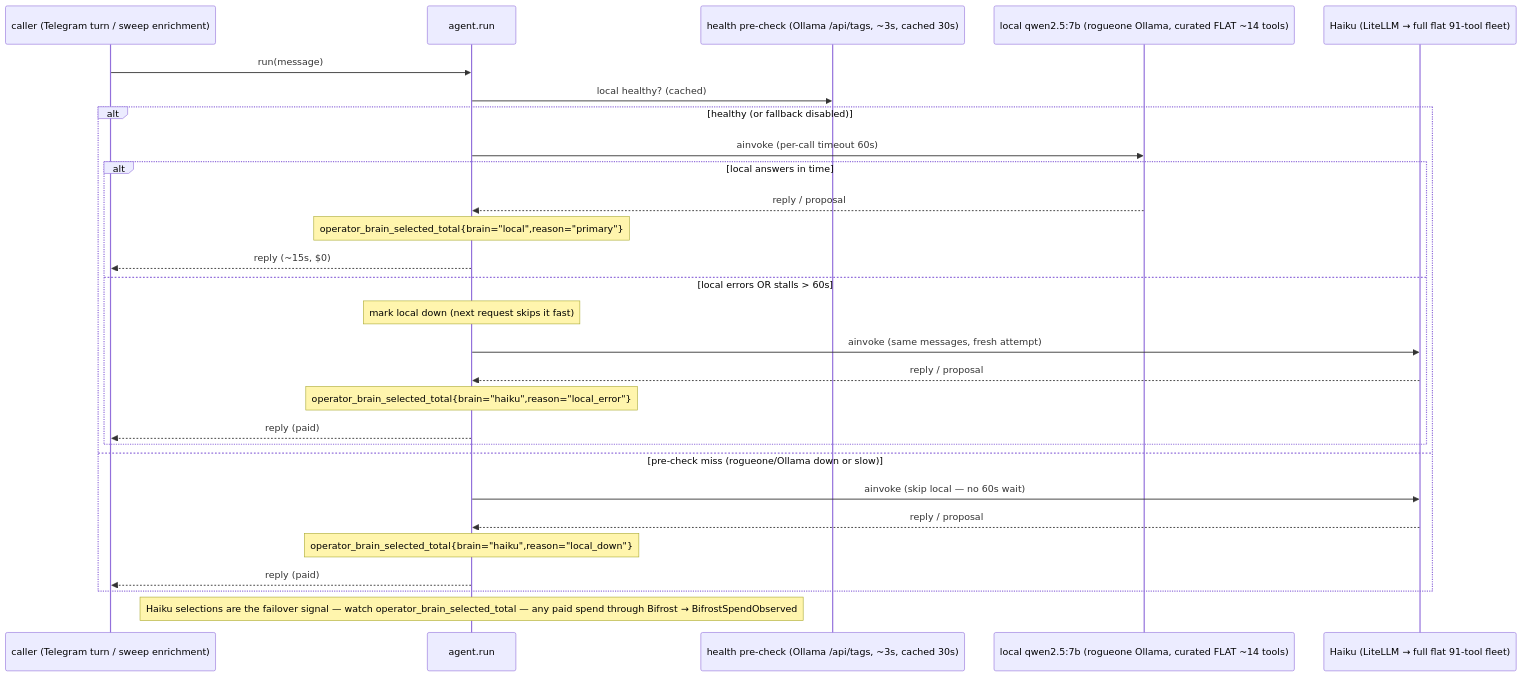
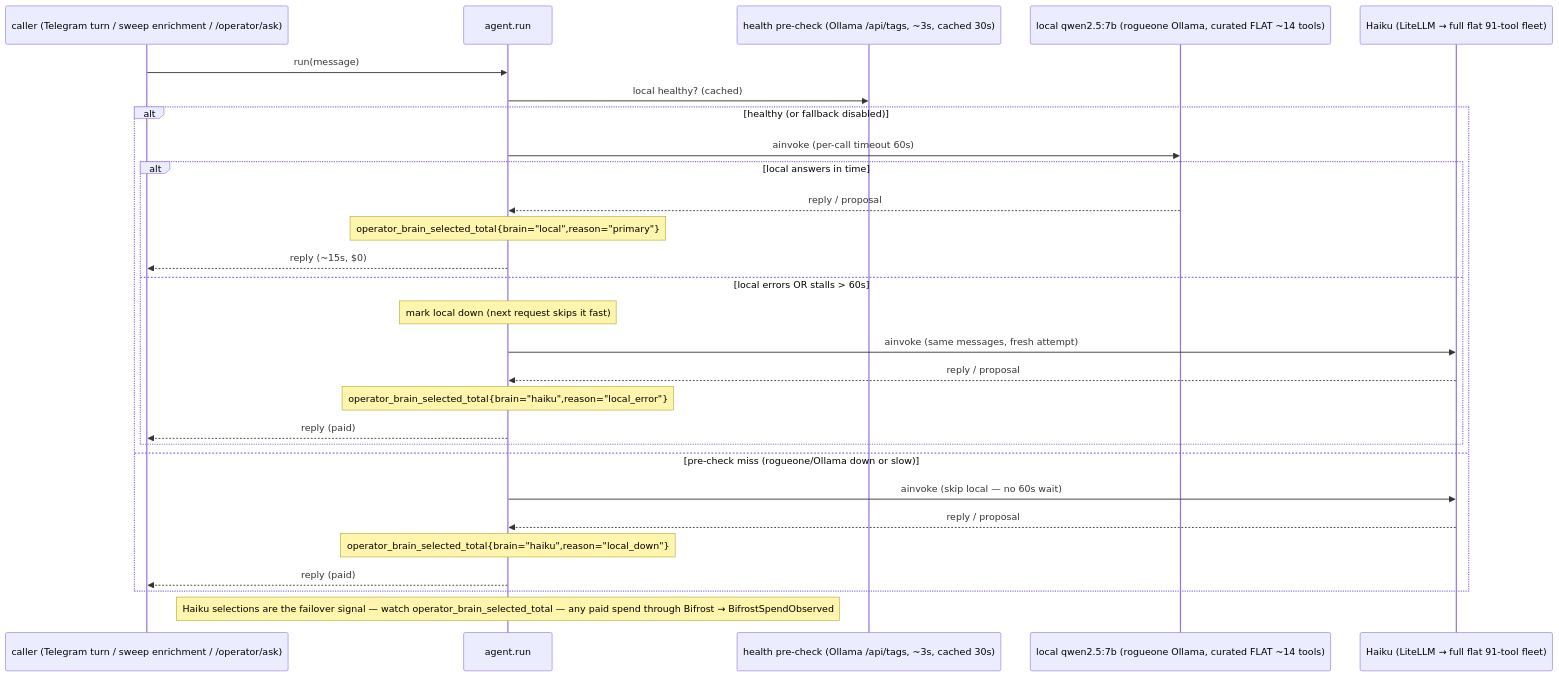
The diagram in docs/diagrams/flow-operator-brain.md (edtbl76/weyland-lab), drawn with Mermaid before and after one commit. The commit also changed other lines of this file and 11 other files, not shown here.

````diff
--- a/docs/diagrams/flow-operator-brain.md
+++ b/docs/diagrams/flow-operator-brain.md
@@ -16,30 +18,30 @@
 ```mermaid
 sequenceDiagram
-    participant C as caller (Telegram turn / sweep enrichment)
+    participant C as caller (Telegram turn / sweep enrichment / /operator/ask)
     participant R as agent.run
     participant H as health pre-check (Ollama /api/tags, ~3s, cached 30s)
     participant Lo as local qwen2.5:7b (rogueone Ollama, curated FLAT ~14 tools)
     participant Ha as Haiku (LiteLLM → full flat 91-tool fleet)
     C->>R: run(message)
     R->>H: local healthy? (cached)
     alt healthy (or fallback disabled)
         R->>Lo: ainvoke (per-call timeout 60s)
         alt local answers in time
             Lo-->>R: reply / proposal
             Note over R: operator_brain_selected_total{brain="local",reason="primary"}
             R-->>C: reply (~15s, $0)
         else local errors OR stalls > 60s
             Note over R: mark local down (next request skips it fast)
             R->>Ha: ainvoke (same messages, fresh attempt)
             Ha-->>R: reply / proposal
             Note over R: operator_brain_selected_total{brain="haiku",reason="local_error"}
             R-->>C: reply (paid)
         end
     else pre-check miss (rogueone/Ollama down or slow)
         R->>Ha: ainvoke (skip local — no 60s wait)
         Ha-->>R: reply / proposal
         Note over R: operator_brain_selected_total{brain="haiku",reason="local_down"}
         R-->>C: reply (paid)
     end
     Note over R: Haiku selections are the failover signal — watch operator_brain_selected_total — any paid spend through Bifrost → BifrostSpendObserved
 ```
````
